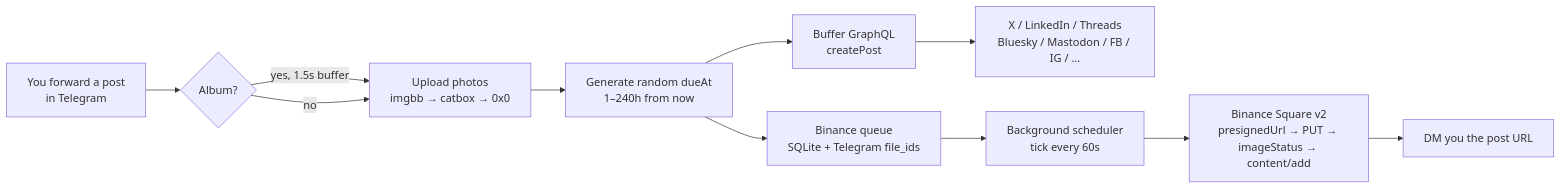
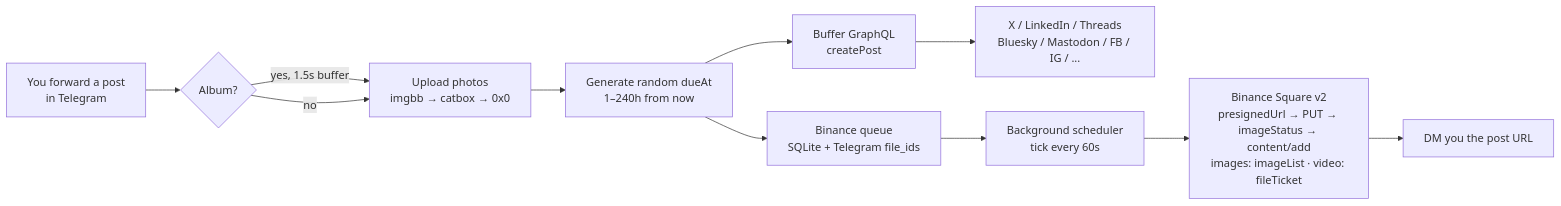
Before and after one commit to SMOService/buffer-poster-bot: the diagram in README.md, drawn with Mermaid. The commit also changed other lines of this file and 18 other files, not shown here.

First line of the commit message:
release(v3.0.0): video posts on Binance Square + reliability sync from upstream

````diff
--- a/README.md
+++ b/README.md
@@ -32,13 +32,13 @@
 ```mermaid
 flowchart LR
     A[You forward a post<br/>in Telegram] --> B{Album?}
     B -- yes, 1.5s buffer --> C[Upload photos<br/>imgbb → catbox → 0x0]
     B -- no --> C
     C --> D[Generate random dueAt<br/>1–240h from now]
     D --> E[Buffer GraphQL<br/>createPost]
     D --> F[Binance queue<br/>SQLite + Telegram file_ids]
     E --> G[X / LinkedIn / Threads<br/>Bluesky / Mastodon / FB / IG / ...]
     F --> H[Background scheduler<br/>tick every 60s]
-    H --> I[Binance Square v2<br/>presignedUrl → PUT → imageStatus → content/add]
+    H --> I[Binance Square v2<br/>presignedUrl → PUT → imageStatus → content/add<br/>images: imageList · video: fileTicket]
     I --> J[DM you the post URL]
 ```
````
